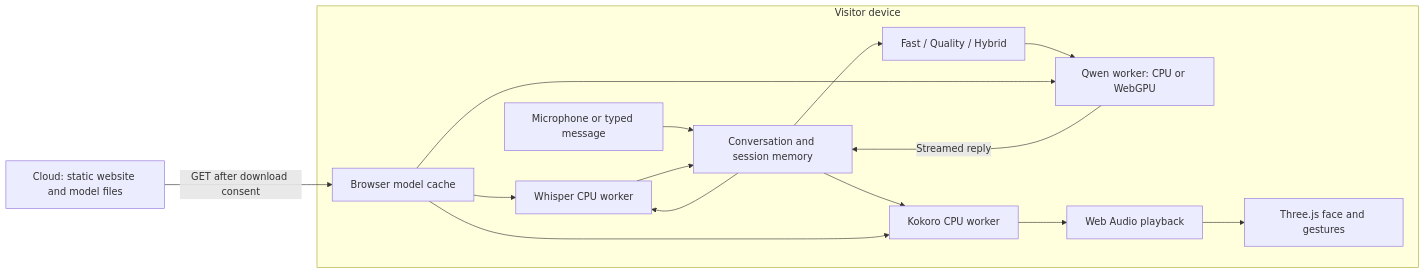
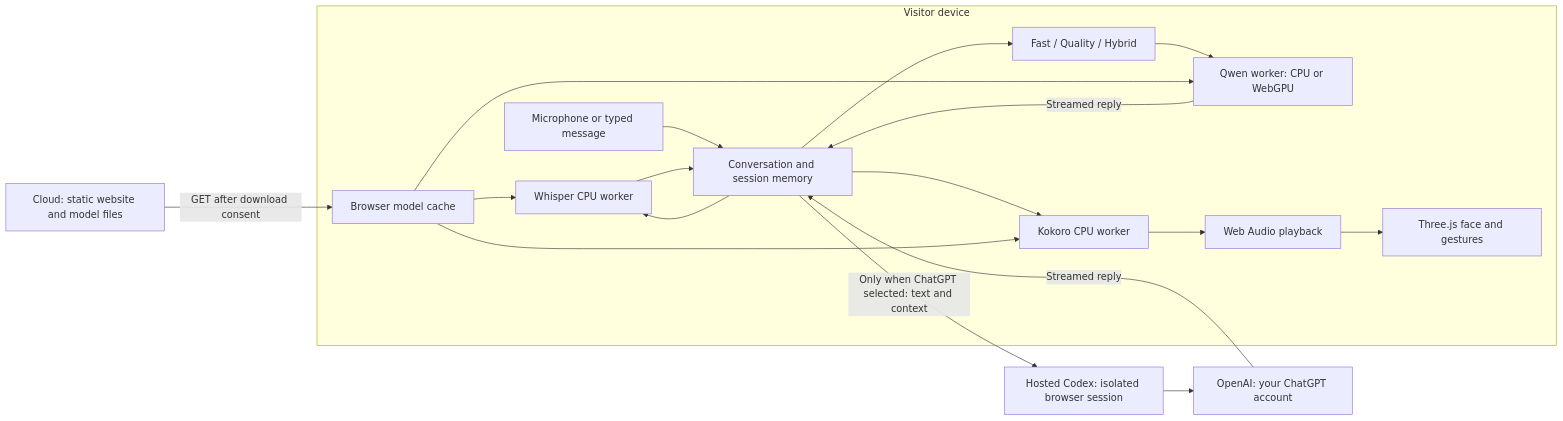
Before and after one commit to michaelegbo/milo: the diagram in README.md, drawn with Mermaid. The commit also changed other lines of this file and 19 other files, not shown here.

Commit message:
Connect ChatGPT through isolated hosted Codex device sign-in

````diff
--- a/README.md
+++ b/README.md
@@ -107,18 +105,21 @@
 ```mermaid
 flowchart LR
   Host[Cloud: static website and model files] -->|GET after download consent| Cache[Browser model cache]
   subgraph Device[Visitor device]
     Input[Microphone or typed message] --> UI[Conversation and session memory]
     UI --> Whisper[Whisper CPU worker]
     Whisper --> UI
     UI --> Router[Fast / Quality / Hybrid]
     Router --> Qwen[Qwen worker: CPU or WebGPU]
     Qwen -->|Streamed reply| UI
     UI --> Kokoro[Kokoro CPU worker]
     Kokoro --> Audio[Web Audio playback]
     Audio --> Avatar[Three.js face and gestures]
     Cache --> Whisper
     Cache --> Qwen
     Cache --> Kokoro
   end
+  UI -->|Only when ChatGPT selected: text and context| Codex[Hosted Codex: isolated browser session]
+  Codex --> OpenAI[OpenAI: your ChatGPT account]
+  OpenAI -->|Streamed reply| UI
 ```
````
